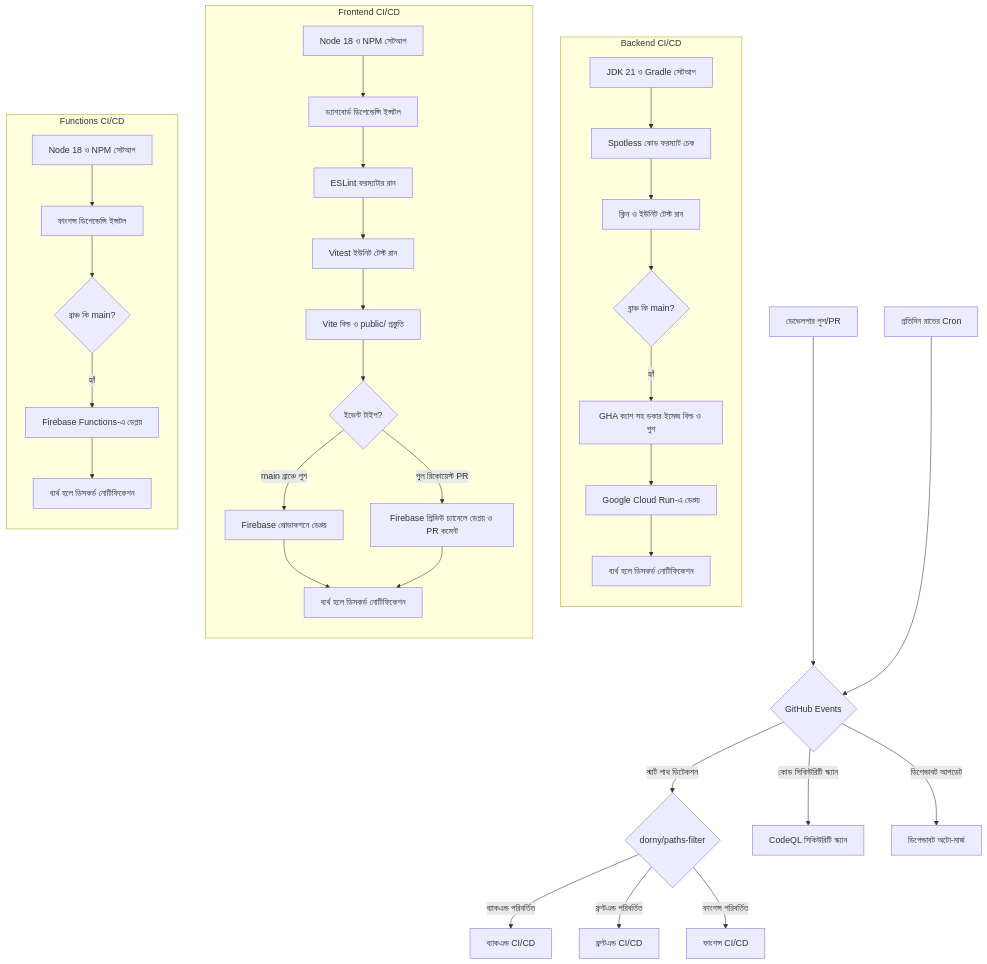
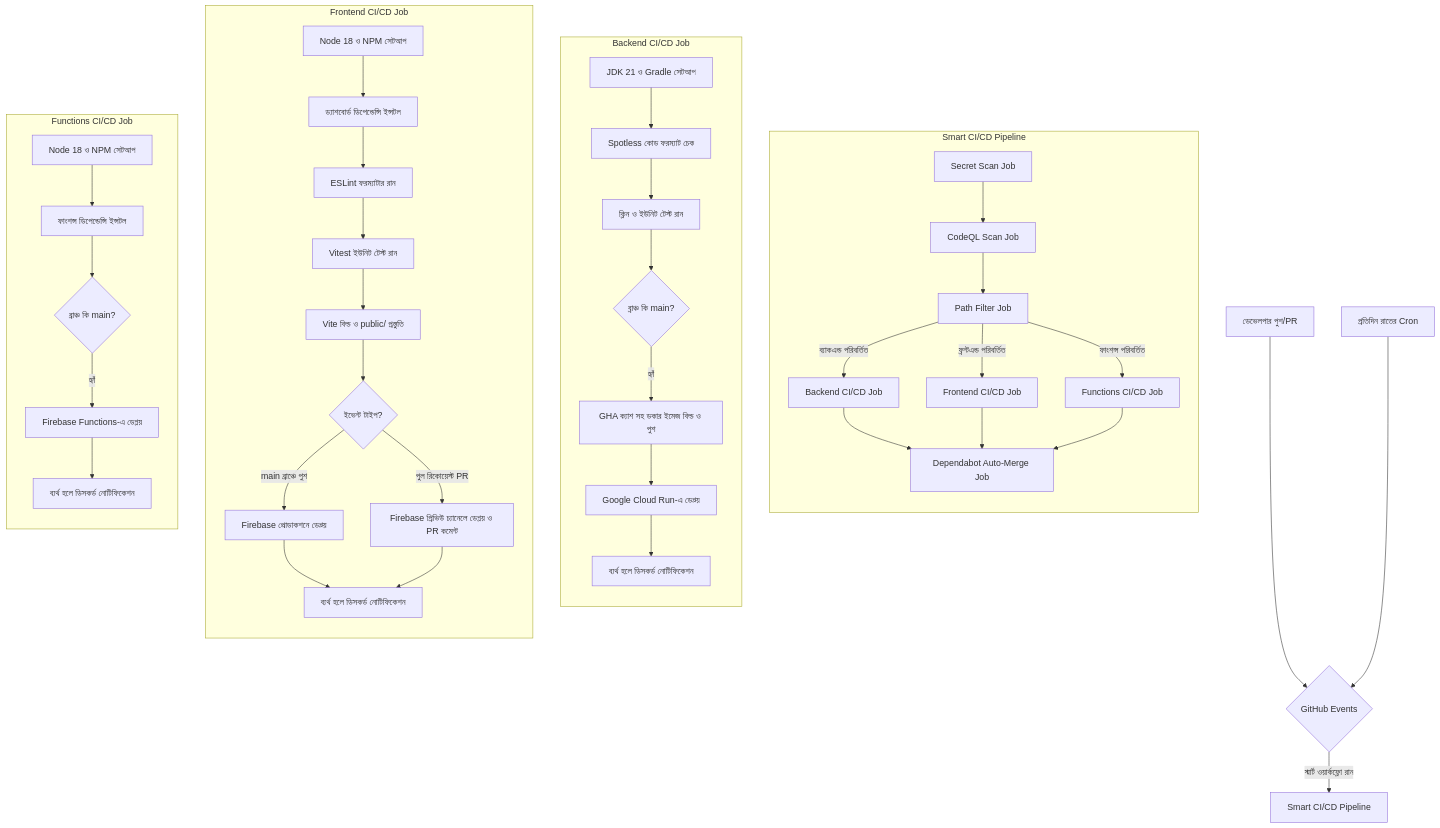
Before and after one commit to paykaribazaronline/supremeai: the diagram in docs/01_Architecture/GITHUB_ARCHITECTURE_BN.md, drawn with Mermaid. The commit also changed other lines of this file and 16 other files, not shown here.

````diff
--- a/docs/01_Architecture/GITHUB_ARCHITECTURE_BN.md
+++ b/docs/01_Architecture/GITHUB_ARCHITECTURE_BN.md
@@ -9,44 +9,52 @@
 ```mermaid
 flowchart TD
     Developer[ডেভেলপার পুশ/PR] --> Trigger{GitHub Events}
     Cron[প্রতিদিন রাতের Cron] --> Trigger
     
-    Trigger -->|স্মার্ট পাথ ডিটেকশন| Filter{dorny/paths-filter}
+    Trigger -->|স্মার্ট ওয়ার্কফ্লো রান| Pipeline[Smart CI/CD Pipeline]
     
-    Filter -->|ব্যাকএন্ড পরিবর্তিত| PipelineA[ব্যাকএন্ড CI/CD]
-    Filter -->|ফ্রন্টএন্ড পরিবর্তিত| PipelineB[ফ্রন্টএন্ড CI/CD]
-    Filter -->|ফাংশন্স পরিবর্তিত| PipelineC[ফাংশন্স CI/CD]
-    Trigger -->|কোড সিকিউরিটি স্ক্যান| CodeQL[CodeQL সিকিউরিটি স্ক্যান]
-    Trigger -->|ডিপেন্ডাবট আপডেট| DepMerge[ডিপেন্ডাবট অটো-মার্জ]
+    subgraph Smart CI/CD Pipeline
+        direction TB
+        S1[Secret Scan Job] --> S2[CodeQL Scan Job]
+        S2 --> S3[Path Filter Job]
+        
+        S3 -->|ব্যাকএন্ড পরিবর্তিত| A[Backend CI/CD Job]
+        S3 -->|ফ্রন্টএন্ড পরিবর্তিত| B[Frontend CI/CD Job]
+        S3 -->|ফাংশন্স পরিবর্তিত| C[Functions CI/CD Job]
+        
+        A --> M[Dependabot Auto-Merge Job]
+        B --> M
+        C --> M
+    end
     
-    subgraph Backend CI/CD
+    subgraph Backend CI/CD Job
         direction TB
         A1[JDK 21 ও Gradle সেটআপ] --> A2[Spotless কোড ফরম্যাট চেক]
         A2 --> A3[ক্লিন ও ইউনিট টেস্ট রান]
         A3 --> A4{ব্রাঞ্চ কি main?}
         A4 -->|হ্যাঁ| A5[GHA ক্যাশ সহ ডকার ইমেজ বিল্ড ও পুশ]
         A5 --> A6[Google Cloud Run-এ ডেপ্লয়]
         A6 --> A7[ব্যর্থ হলে ডিসকর্ড নোটিফিকেশন]
     end
     
-    subgraph Frontend CI/CD
+    subgraph Frontend CI/CD Job
         direction TB
         B1[Node 18 ও NPM সেটআপ] --> B2[ড্যাশবোর্ড ডিপেন্ডেন্সি ইন্সটল]
         B2 --> B3[ESLint ফরম্যাটার রান]
         B3 --> B4[Vitest ইউনিট টেস্ট রান]
         B4 --> B5[Vite বিল্ড ও public/ প্রস্তুতি]
         B5 --> B6{ইভেন্ট টাইপ?}
         B6 -->|main ব্রাঞ্চে পুশ| B7[Firebase প্রোডাকশনে ডেপ্লয়]
         B6 -->|পুল রিকোয়েস্ট PR| B8[Firebase প্রিভিউ চ্যানেলে ডেপ্লয় ও PR কমেন্ট]
         B7 --> B9[ব্যর্থ হলে ডিসকর্ড নোটিফিকেশন]
         B8 --> B9
     end
 
-    subgraph Functions CI/CD
+    subgraph Functions CI/CD Job
         direction TB
         C1[Node 18 ও NPM সেটআপ] --> C2[ফাংশন্স ডিপেন্ডেন্সি ইন্সটল]
         C2 --> C3{ব্রাঞ্চ কি main?}
         C3 -->|হ্যাঁ| C4[Firebase Functions-এ ডেপ্লয়]
         C4 --> C5[ব্যর্থ হলে ডিসকর্ড নোটিফিকেশন]
     end
 ```
````
